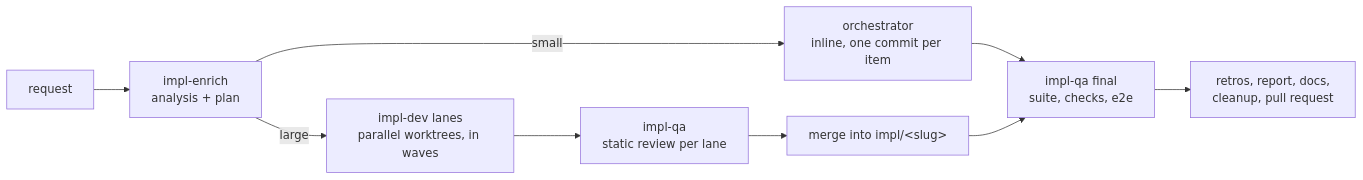
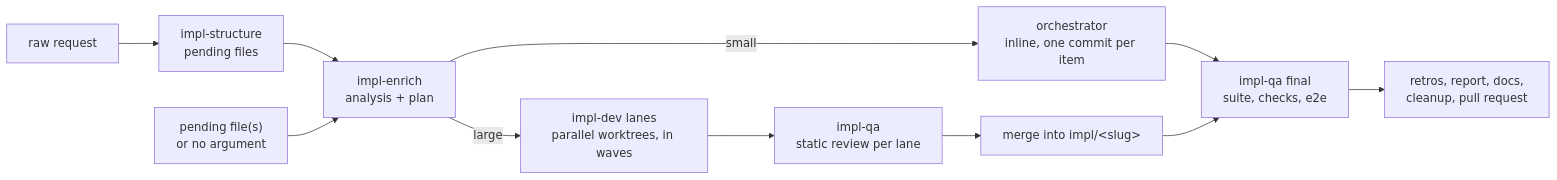
One commit to Walter-Dalla/wh-harness changed the first of 2 diagrams in README.md. Above: the diagram before and after it, drawn with Mermaid. The commit also changed other lines of this file and 4 other files, not shown here.

Commit message:
pending-intake-14: version 0.8.0, impl-structure in READMEs, pending README points at PENDING.md, _common § Pending

````diff
--- a/README.md
+++ b/README.md
@@ -45,11 +45,13 @@
 ```mermaid
 flowchart LR
-  R["request"] --> E["impl-enrich<br/>analysis + plan"]
+  R["raw request"] --> S["impl-structure<br/>pending files"]
+  S --> E["impl-enrich<br/>analysis + plan"]
+  PF["pending file(s)<br/>or no argument"] --> E
   E -- "small" --> I["orchestrator<br/>inline, one commit per item"]
   E -- "large" --> L["impl-dev lanes<br/>parallel worktrees, in waves"]
   L --> Q["impl-qa<br/>static review per lane"]
   Q --> M["merge into impl/&lt;slug&gt;"]
   I --> F["impl-qa final<br/>suite, checks, e2e"]
   M --> F
   F --> P["retros, report, docs,<br/>cleanup, pull request"]
 ```
````
